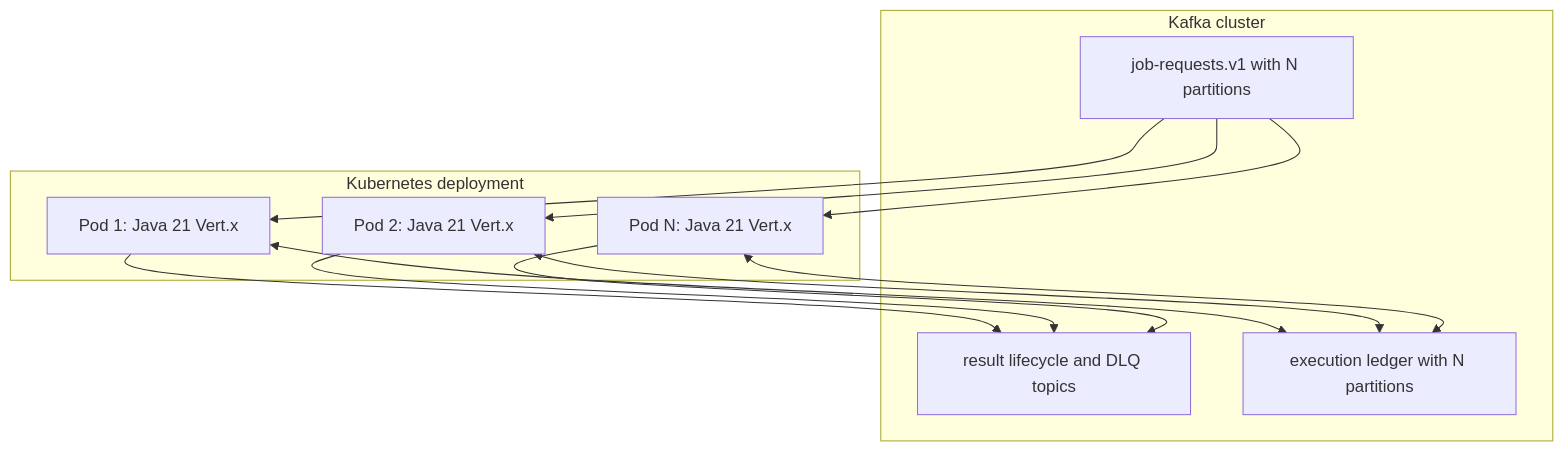
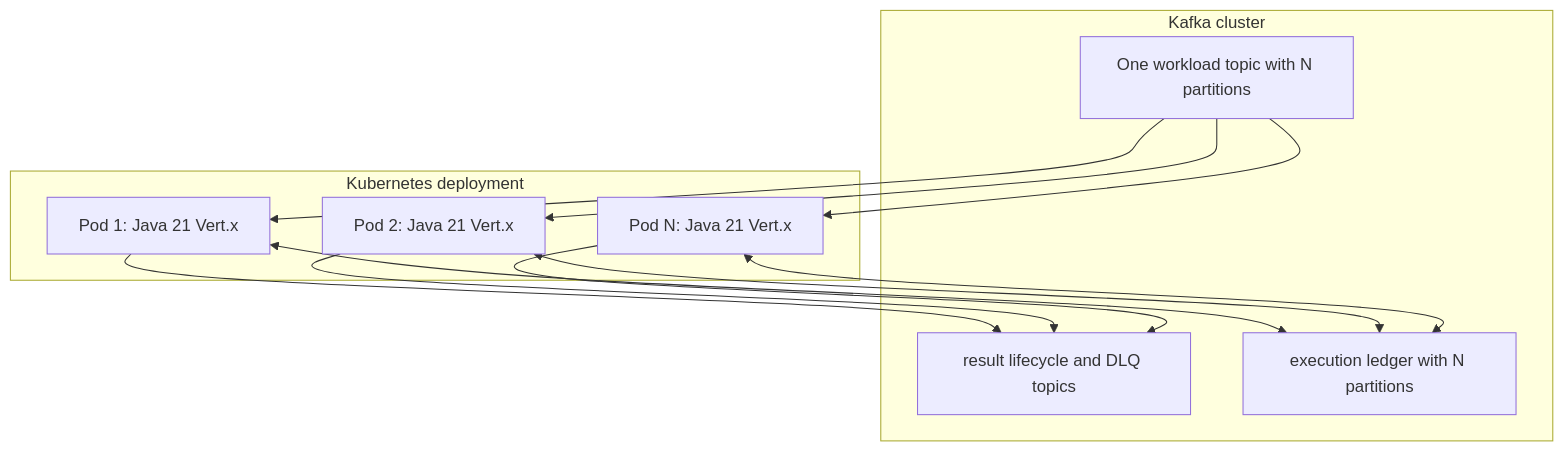
One commit to spakai/job_scheduling_simulation changed the ninth of 9 diagrams in specs/007-vertx-kafka-pull-worker/arc42.md. Above: the diagram before and after it, drawn with Mermaid. The commit also changed other lines of this file and 2 other files, not shown here.

````diff
--- a/specs/007-vertx-kafka-pull-worker/arc42.md
+++ b/specs/007-vertx-kafka-pull-worker/arc42.md
@@ -345,24 +359,24 @@
 ```mermaid
 flowchart TB
     subgraph kafka["Kafka cluster"]
-        requests["job-requests.v1 with N partitions"]
+        requests["One workload topic with N partitions"]
         results["result lifecycle and DLQ topics"]
         ledger["execution ledger with N partitions"]
     end
 
     subgraph k8s["Kubernetes deployment"]
         pod1["Pod 1: Java 21 Vert.x"]
         pod2["Pod 2: Java 21 Vert.x"]
         podN["Pod N: Java 21 Vert.x"]
     end
 
     requests --> pod1
     requests --> pod2
     requests --> podN
     pod1 --> results
     pod2 --> results
     podN --> results
     pod1 <--> ledger
     pod2 <--> ledger
     podN <--> ledger
 ```
````
